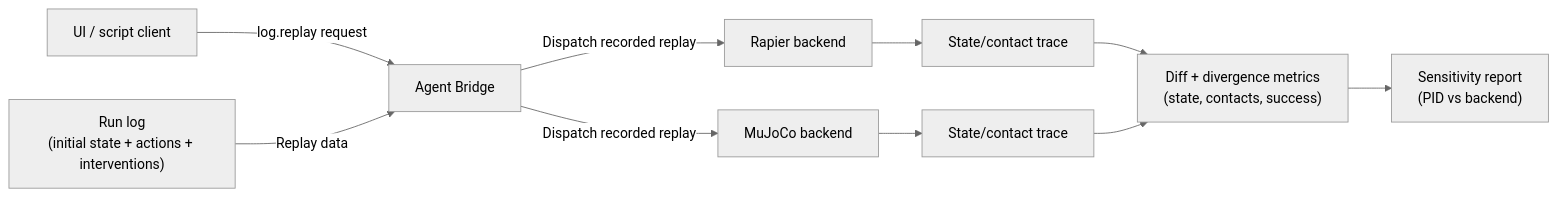
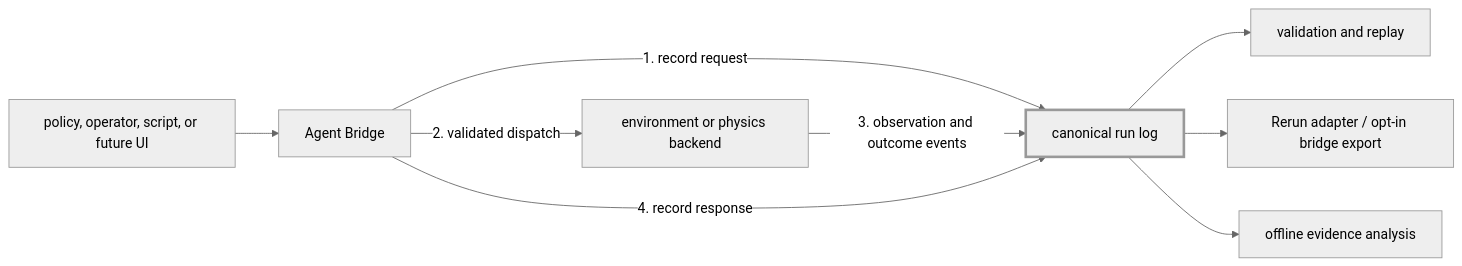
One commit to sepahead/prisoma changed the second of 10 diagrams in DIAGRAMS.md. Above: the diagram before and after it, drawn with Mermaid (neutral theme). The commit also changed other lines of this file and 96 other files, not shown here.

First line of the commit message:
Elevate Prisoma architecture and evidence boundaries

````diff
--- a/DIAGRAMS.md
+++ b/DIAGRAMS.md
@@ -642,15 +36,14 @@
 ```mermaid
-graph LR
-    Client["UI / script client"] -->|log.replay request| Bridge[Agent Bridge]
-    Log["Run log<br/>(initial state + actions + interventions)"] -->|Replay data| Bridge
-    Bridge -->|Dispatch recorded replay| R[Rapier backend]
-    Bridge -->|Dispatch recorded replay| M[MuJoCo backend]
+flowchart LR
+    Client["policy, operator, script, or future UI"] --> Bridge["Agent Bridge"]
+    Bridge -->|1. record request| Log["canonical run log"]
+    Bridge -->|2. validated dispatch| Backend["environment or physics backend"]
+    Backend -->|3. observation and outcome events| Log
+    Bridge -->|4. record response| Log
 
-    R --> TR[State/contact trace]
-    M --> TM[State/contact trace]
+    Log --> Replay["validation and replay"]
+    Log --> Rerun["Rerun adapter / opt-in bridge export"]
+    Log --> Analysis["offline evidence analysis"]
 
-    TR --> D["Diff + divergence metrics<br/>(state, contacts, success)"]
-    TM --> D
-
-    D --> Report["Sensitivity report<br/>(PID vs backend)"]
+    style Log stroke-width:3px
 ```
````
